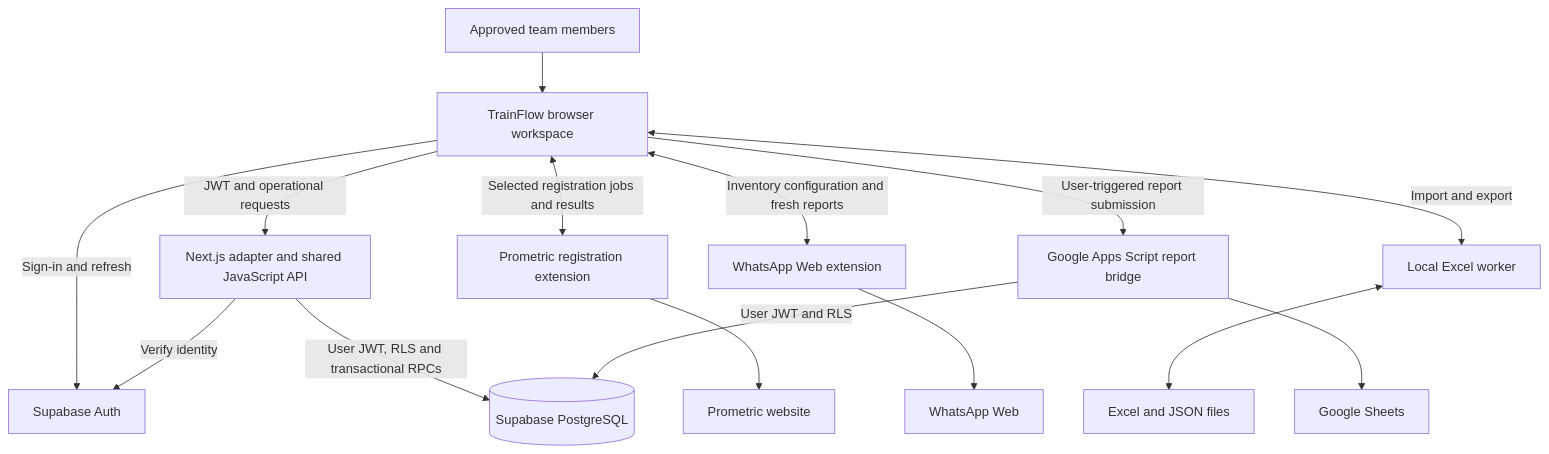
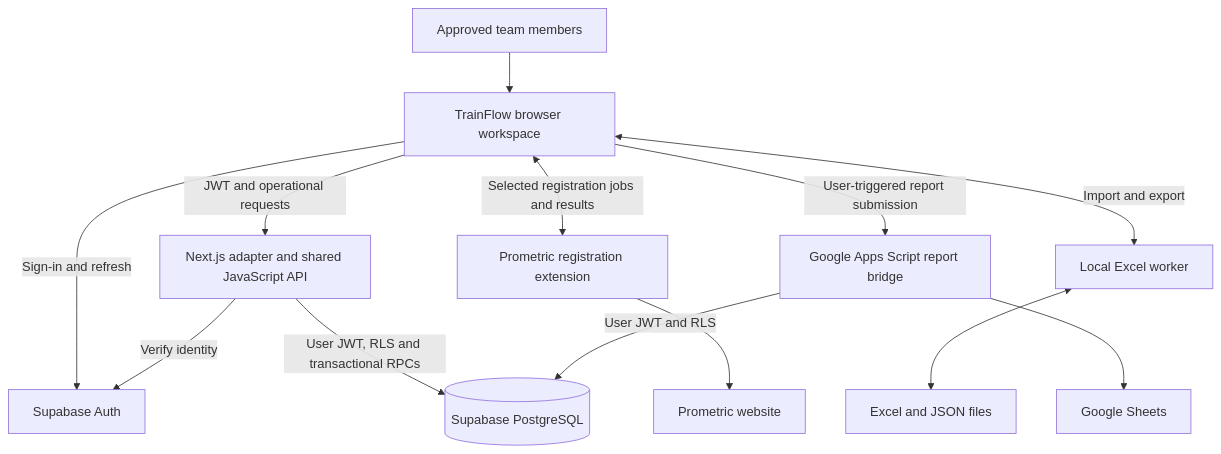
The first of 3 diagrams in ARCHITECTURE.md (salahmostava-sys/Trainflow), drawn with Mermaid before and after one commit. The commit also changed other lines of this file and 41 other files, not shown here.

````diff
--- a/ARCHITECTURE.md
+++ b/ARCHITECTURE.md
@@ -9,31 +9,27 @@
 ```mermaid
 flowchart TB
     Team[Approved team members]
     UI[TrainFlow browser workspace]
     Auth[Supabase Auth]
     API[Next.js adapter and shared JavaScript API]
     DB[(Supabase PostgreSQL)]
-    WA[WhatsApp Web extension]
-    WhatsApp[WhatsApp Web]
     PRO[Prometric registration extension]
     Prometric[Prometric website]
     XLSX[Local Excel worker]
     Files[Excel and JSON files]
     Reports[Google Apps Script report bridge]
     Sheets[Google Sheets]
 
     Team --> UI
     UI -->|Sign-in and refresh| Auth
     UI -->|JWT and operational requests| API
     API -->|Verify identity| Auth
     API -->|User JWT, RLS and transactional RPCs| DB
     UI <-->|Selected registration jobs and results| PRO
     PRO --> Prometric
-    UI <-->|Inventory configuration and fresh reports| WA
-    WA --> WhatsApp
     UI <-->|Import and export| XLSX
     XLSX <--> Files
     UI -->|User-triggered report submission| Reports
     Reports -->|User JWT and RLS| DB
     Reports --> Sheets
 ```
````
